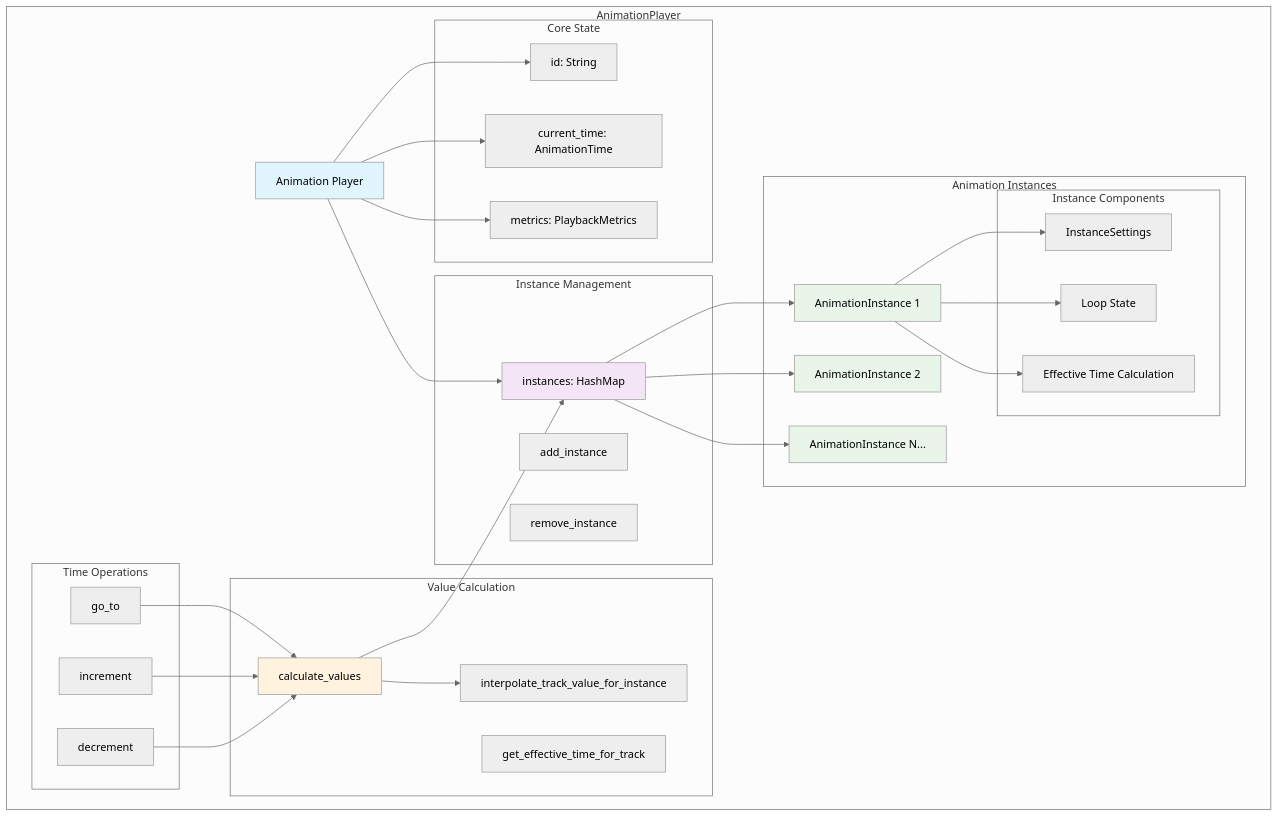
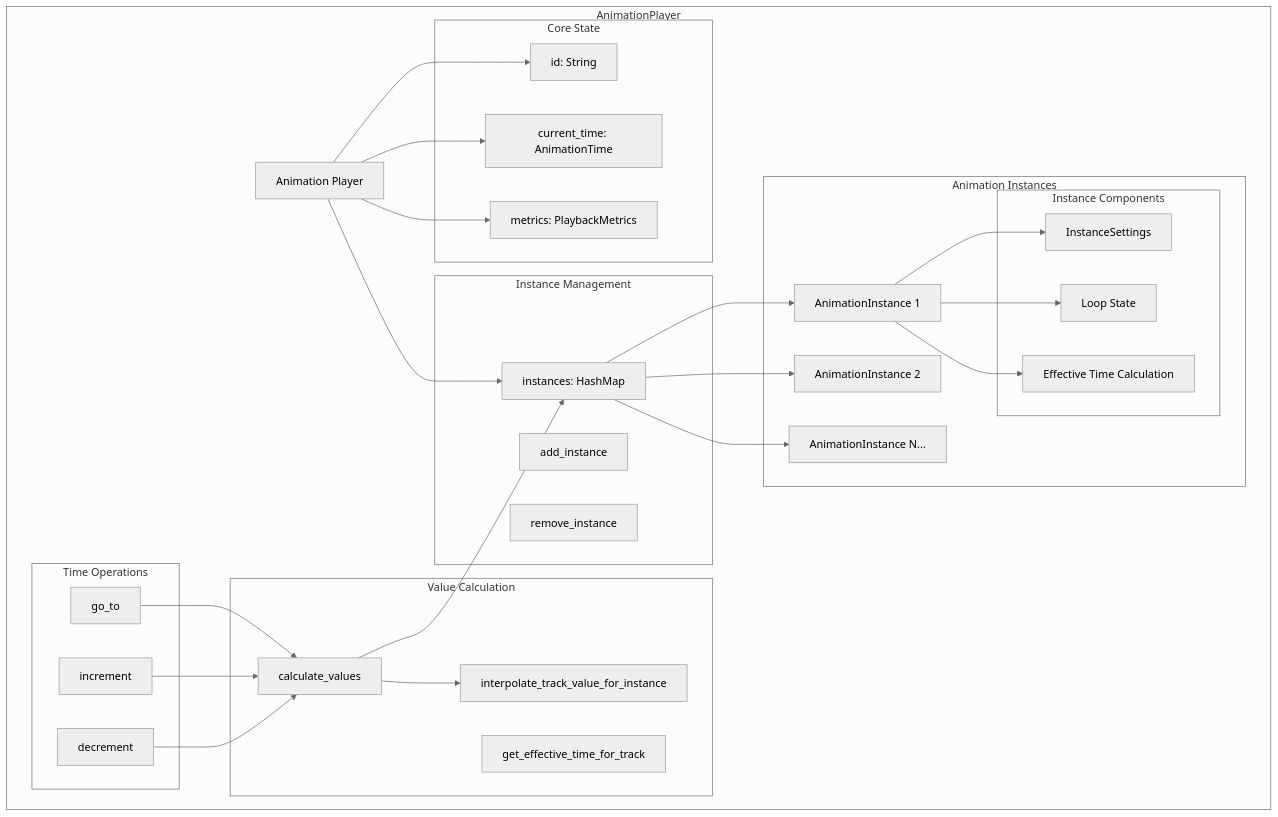
One commit to semio-ai/arora-sdk changed the first of 3 diagrams in crates/arora-animation/animation-player/Player.md. Above: the diagram before and after it, drawn with Mermaid (neutral theme). The commit also changed other lines of this file and 3 other files, not shown here.

````diff
--- a/crates/arora-animation/animation-player/Player.md
+++ b/crates/arora-animation/animation-player/Player.md
@@ -11,69 +11,63 @@
 ```mermaid
 graph TB
     subgraph "AnimationPlayer"
         AP[Animation Player]
 
         subgraph "Core State"
             ID[id: String]
             CurrentTime[current_time: AnimationTime]
             Metrics[metrics: PlaybackMetrics]
         end
 
         subgraph "Instance Management"
             Instances[instances: HashMap<String, AnimationInstance>]
             AddInst[add_instance]
             RemoveInst[remove_instance]
         end
 
         subgraph "Time Operations"
             GoTo[go_to]
             Increment[increment]
             Decrement[decrement]
         end
 
         subgraph "Value Calculation"
             CalcValues[calculate_values]
             InterpTrack[interpolate_track_value_for_instance]
             GetEffTime[get_effective_time_for_track]
         end
 
         subgraph "Animation Instances"
             AI1[AnimationInstance 1]
             AI2[AnimationInstance 2]
             AI3[AnimationInstance N...]
 
             subgraph "Instance Components"
                 InstSettings[InstanceSettings]
                 LoopState[Loop State]
                 EffectiveTime[Effective Time Calculation]
             end
         end
     end
 
     AP --> ID
     AP --> CurrentTime
     AP --> Metrics
     AP --> Instances
 
     Instances --> AI1
     Instances --> AI2
     Instances --> AI3
 
     AI1 --> InstSettings
     AI1 --> LoopState
     AI1 --> EffectiveTime
 
     GoTo --> CalcValues
     Increment --> CalcValues
     Decrement --> CalcValues
 
     CalcValues --> InterpTrack
     CalcValues --> Instances
 
-    style AP fill:#e1f5fe,color:#000
-    style CalcValues fill:#fff3e0,color:#000
-    style Instances fill:#f3e5f5,color:#000
-    style AI1 fill:#e8f5e8,color:#000
-    style AI2 fill:#e8f5e8,color:#000
-    style AI3 fill:#e8f5e8,color:#000
 ```
````
